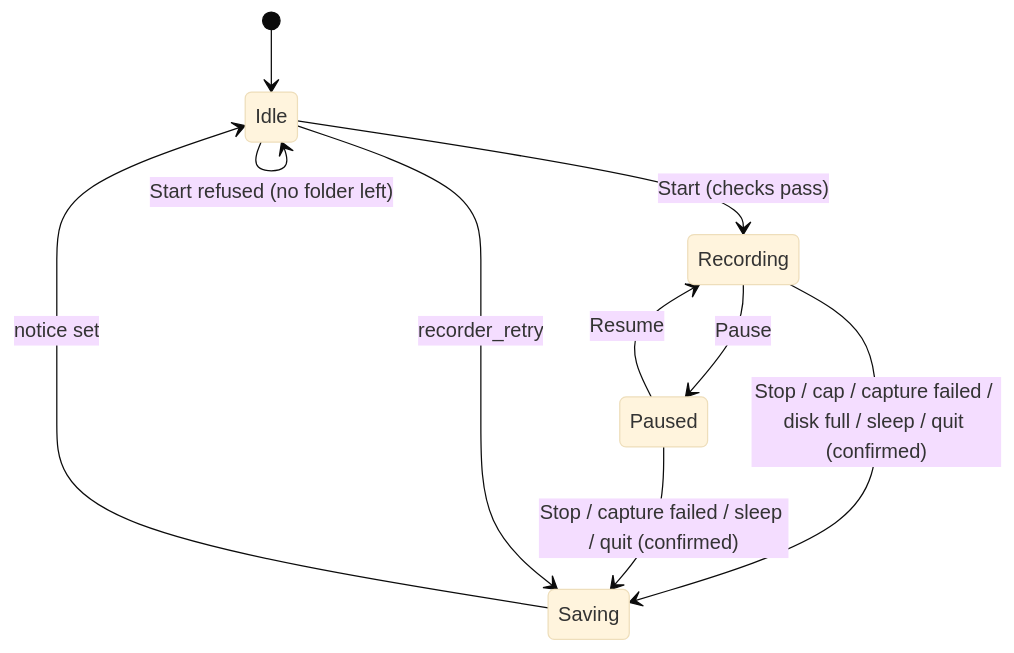
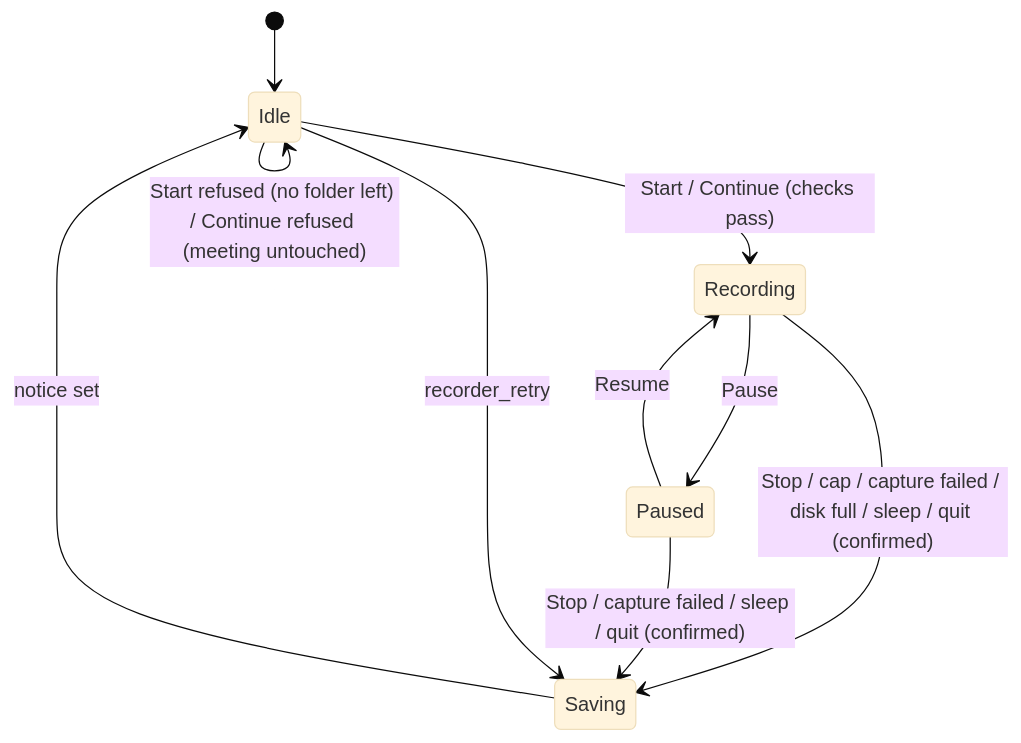
One commit to masnun-siam/meeting-manager changed the diagram in docs/features/desktop-recorder.md. Above: the diagram before and after it, drawn with Mermaid (base theme). The commit also changed other lines of this file and 1 other file, not shown here.

First line of the commit message:
docs(#281): desktop recorder Continue section and recorder_continue

````diff
--- a/docs/features/desktop-recorder.md
+++ b/docs/features/desktop-recorder.md
@@ -26,12 +26,12 @@
 ```mermaid
 stateDiagram-v2
   [*] --> Idle
-  Idle --> Recording: Start (checks pass)
-  Idle --> Idle: Start refused (no folder left)
+  Idle --> Recording: Start / Continue (checks pass)
+  Idle --> Idle: Start refused (no folder left) / Continue refused (meeting untouched)
   Recording --> Paused: Pause
   Paused --> Recording: Resume
   Recording --> Saving: Stop / cap / capture failed / disk full / sleep / quit (confirmed)
   Paused --> Saving: Stop / capture failed / sleep / quit (confirmed)
   Idle --> Saving: recorder_retry
   Saving --> Idle: notice set
 ```
````
